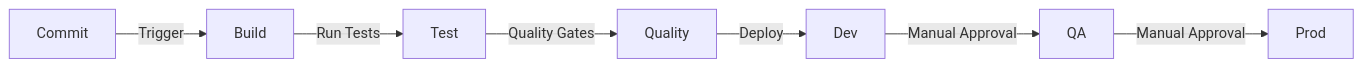
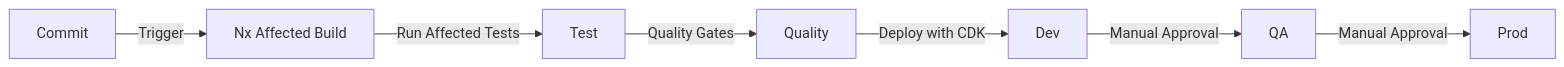
The diagram in docs/architecture/06-development.md (nuwank-swivel/swivel-portal), drawn with Mermaid before and after one commit. The commit also changed other lines of this file and 3 other files, not shown here.

````diff
--- a/docs/architecture/06-development.md
+++ b/docs/architecture/06-development.md
@@ -42,9 +54,9 @@
 ```mermaid
 graph LR
-    A[Commit] -->|Trigger| B[Build]
-    B -->|Run Tests| C[Test]
+    A[Commit] -->|Trigger| B[Nx Affected Build]
+    B -->|Run Affected Tests| C[Test]
     C -->|Quality Gates| D[Quality]
-    D -->|Deploy| E[Dev]
+    D -->|Deploy with CDK| E[Dev]
     E -->|Manual Approval| F[QA]
     F -->|Manual Approval| G[Prod]
 ```
````
